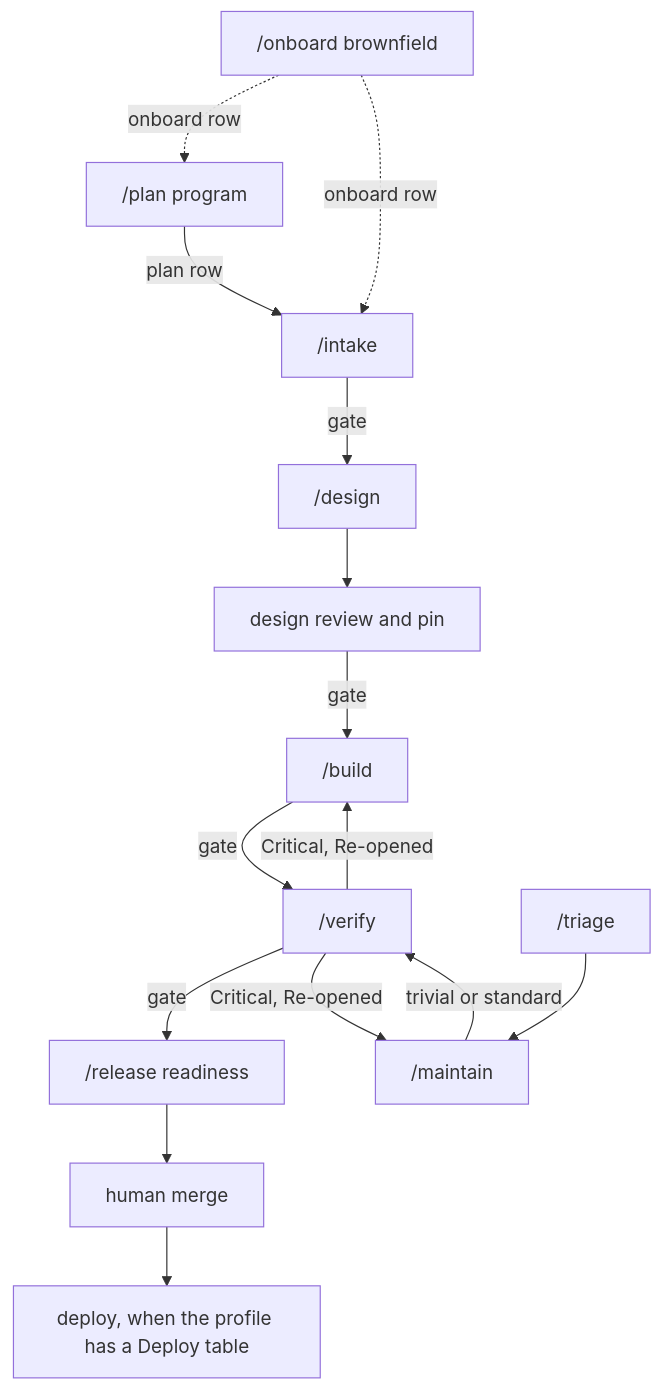
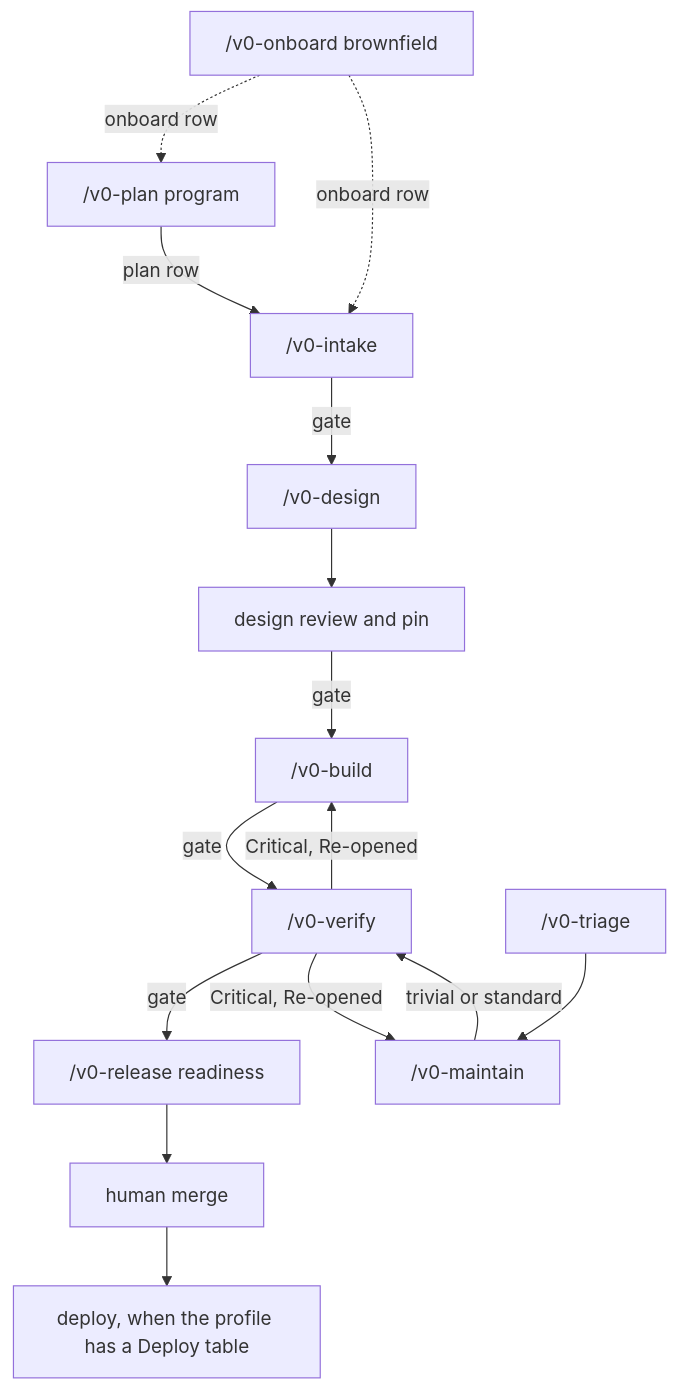
The diagram in docs/agents-v0-kit.md (mdurana/agents-v0-kit), drawn with Mermaid before and after one commit. The commit also changed other lines of this file and 251 other files, not shown here.

````diff
--- a/docs/agents-v0-kit.md
+++ b/docs/agents-v0-kit.md
@@ -9,30 +9,30 @@
 ```mermaid
 flowchart TD
-  onboard["/onboard brownfield"]
-  plan["/plan program"]
-  intake["/intake"]
-  design["/design"]
+  onboard["/v0-onboard brownfield"]
+  plan["/v0-plan program"]
+  intake["/v0-intake"]
+  design["/v0-design"]
   dreview["design review and pin"]
-  build["/build"]
-  verify["/verify"]
-  release["/release readiness"]
+  build["/v0-build"]
+  verify["/v0-verify"]
+  release["/v0-release readiness"]
   merge["human merge"]
   deploy["deploy, when the profile has a Deploy table"]
-  triage["/triage"]
-  maintain["/maintain"]
+  triage["/v0-triage"]
+  maintain["/v0-maintain"]
 
   onboard -.->|onboard row| plan
   onboard -.->|onboard row| intake
   plan -->|plan row| intake
   intake -->|gate| design
   design --> dreview
   dreview -->|gate| build
   build -->|gate| verify
   verify -->|Critical, Re-opened| build
   verify -->|gate| release
   release --> merge
   merge --> deploy
   triage --> maintain
   maintain -->|trivial or standard| verify
   verify -->|Critical, Re-opened| maintain
 ```
````
